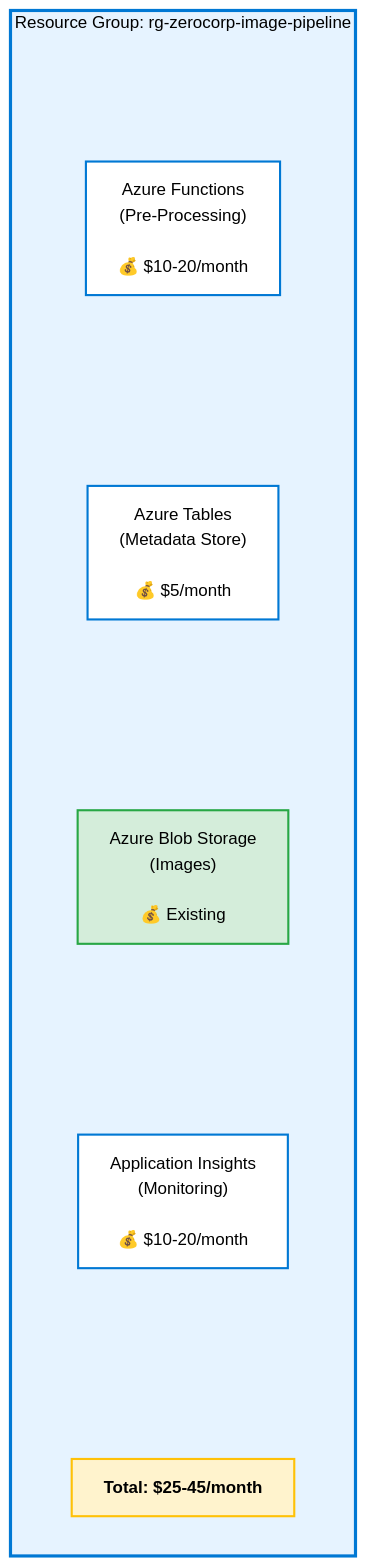
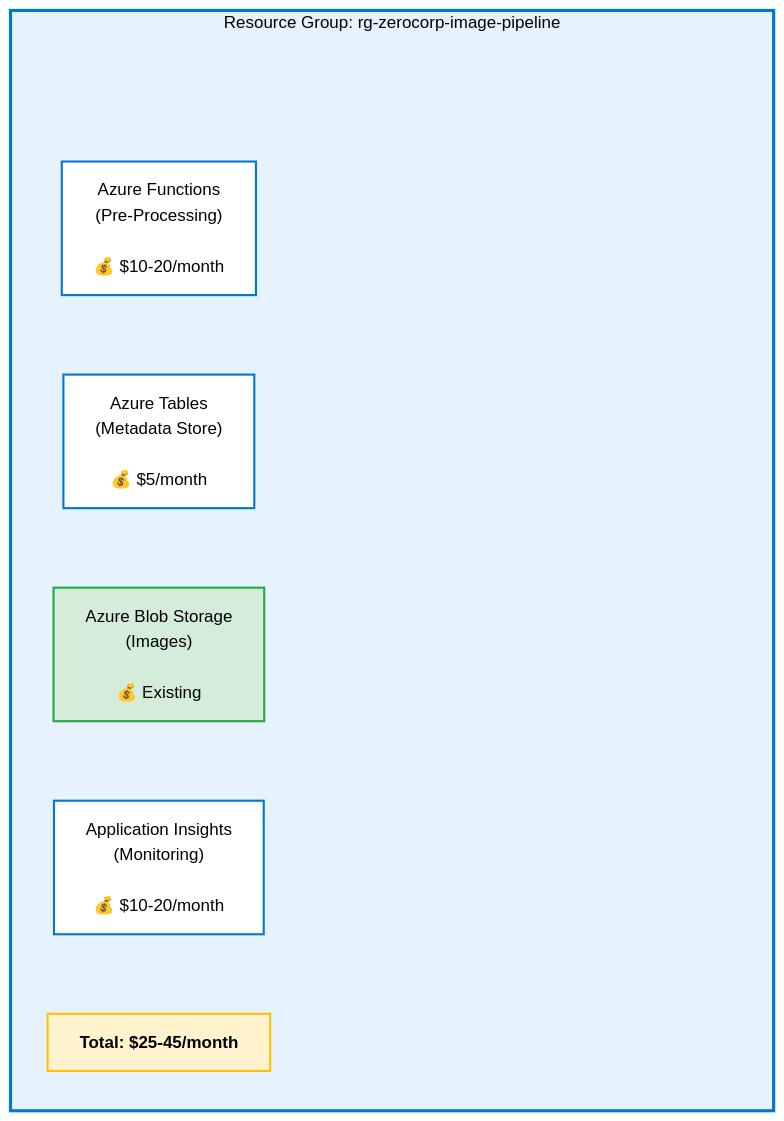
Before and after one commit to anandSgunti/cloud: the fourth of 5 diagrams in 02-The-Bug/02_Solution_Architecture.md, drawn with Mermaid. The commit also changed other lines of this file, not shown here.

````diff
--- a/02-The-Bug/02_Solution_Architecture.md
+++ b/02-The-Bug/02_Solution_Architecture.md
@@ -201,39 +201,35 @@
 ```mermaid
 graph TB
     subgraph RG["Resource Group: rg-zerocorp-image-pipeline"]
         direction TB
         SPACER1[" "]
         AF["Azure Functions<br/>(Pre-Processing)<br/><br/>💰 $10-20/month"]
         SPACER2[" "]
         AT["Azure Tables<br/>(Metadata Store)<br/><br/>💰 $5/month"]
         SPACER3[" "]
         BS["Azure Blob Storage<br/>(Images)<br/><br/>💰 Existing"]
         SPACER4[" "]
         AI["Application Insights<br/>(Monitoring)<br/><br/>💰 $10-20/month"]
         SPACER5[" "]
         TOTAL["Total: $25-45/month"]
         
         SPACER1 ~~~ AF
-        AF ~~~ SPACER2
-        SPACER2 ~~~ AT
-        AT ~~~ SPACER3
-        SPACER3 ~~~ BS
-        BS ~~~ SPACER4
-        SPACER4 ~~~ AI
-        AI ~~~ SPACER5
-        SPACER5 ~~~ TOTAL
+        AF ~~~  AT
+        AT ~~~  BS
+        BS ~~~  AI
+        AI ~~~ TOTAL
     end
     
     style RG fill:#e6f3ff,stroke:#0078d4,stroke-width:3px,color:#000
     style AF fill:#fff,stroke:#0078d4,stroke-width:2px,color:#000
     style AT fill:#fff,stroke:#0078d4,stroke-width:2px,color:#000
     style BS fill:#d4edda,stroke:#28a745,stroke-width:2px,color:#000
     style AI fill:#fff,stroke:#0078d4,stroke-width:2px,color:#000
     style TOTAL fill:#fff3cd,stroke:#ffc107,stroke-width:2px,color:#000,font-weight:bold
     
     style SPACER1 fill:none,stroke:none,color:transparent
     style SPACER2 fill:none,stroke:none,color:transparent
     style SPACER3 fill:none,stroke:none,color:transparent
     style SPACER4 fill:none,stroke:none,color:transparent
     style SPACER5 fill:none,stroke:none,color:transparent
 ```
````
